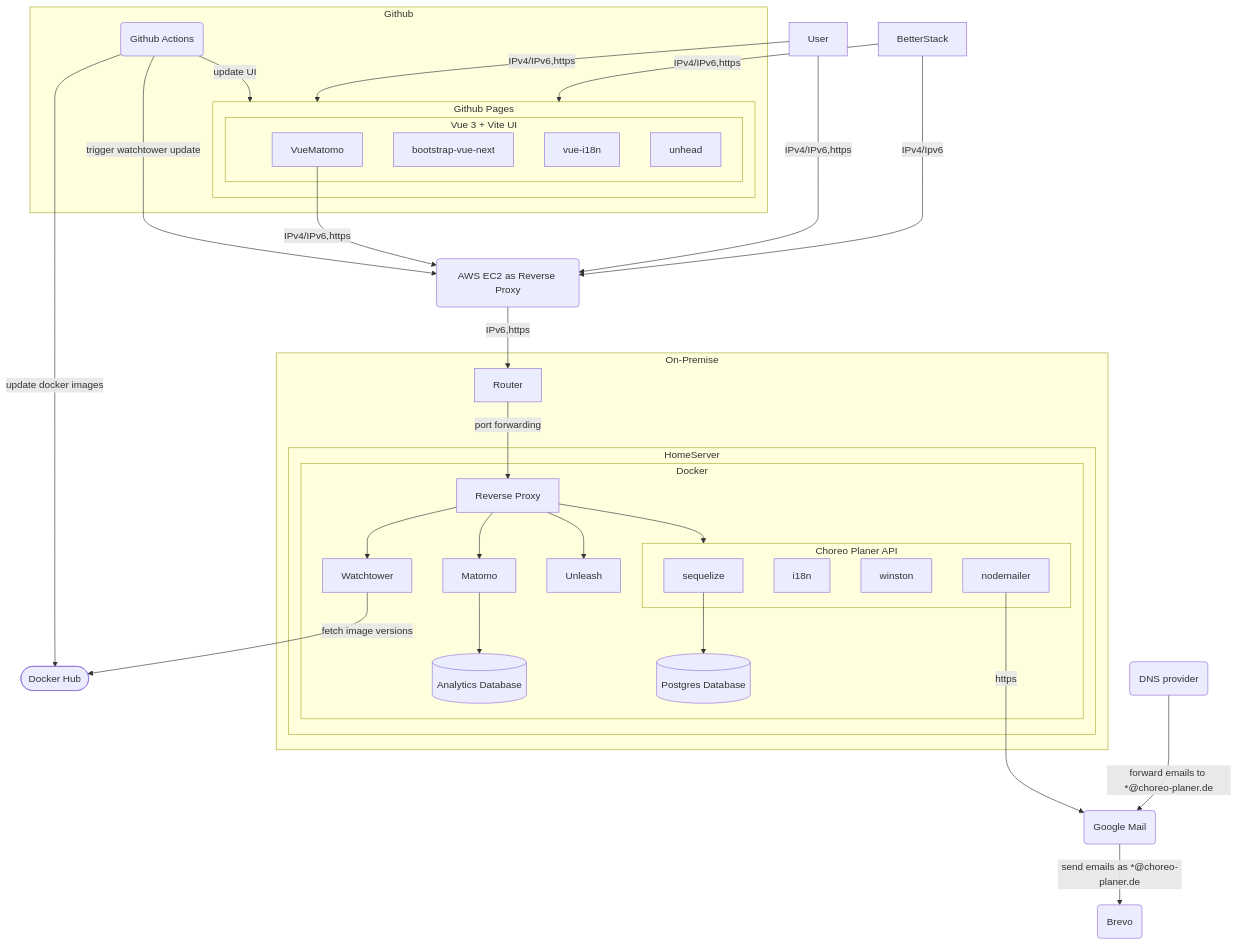
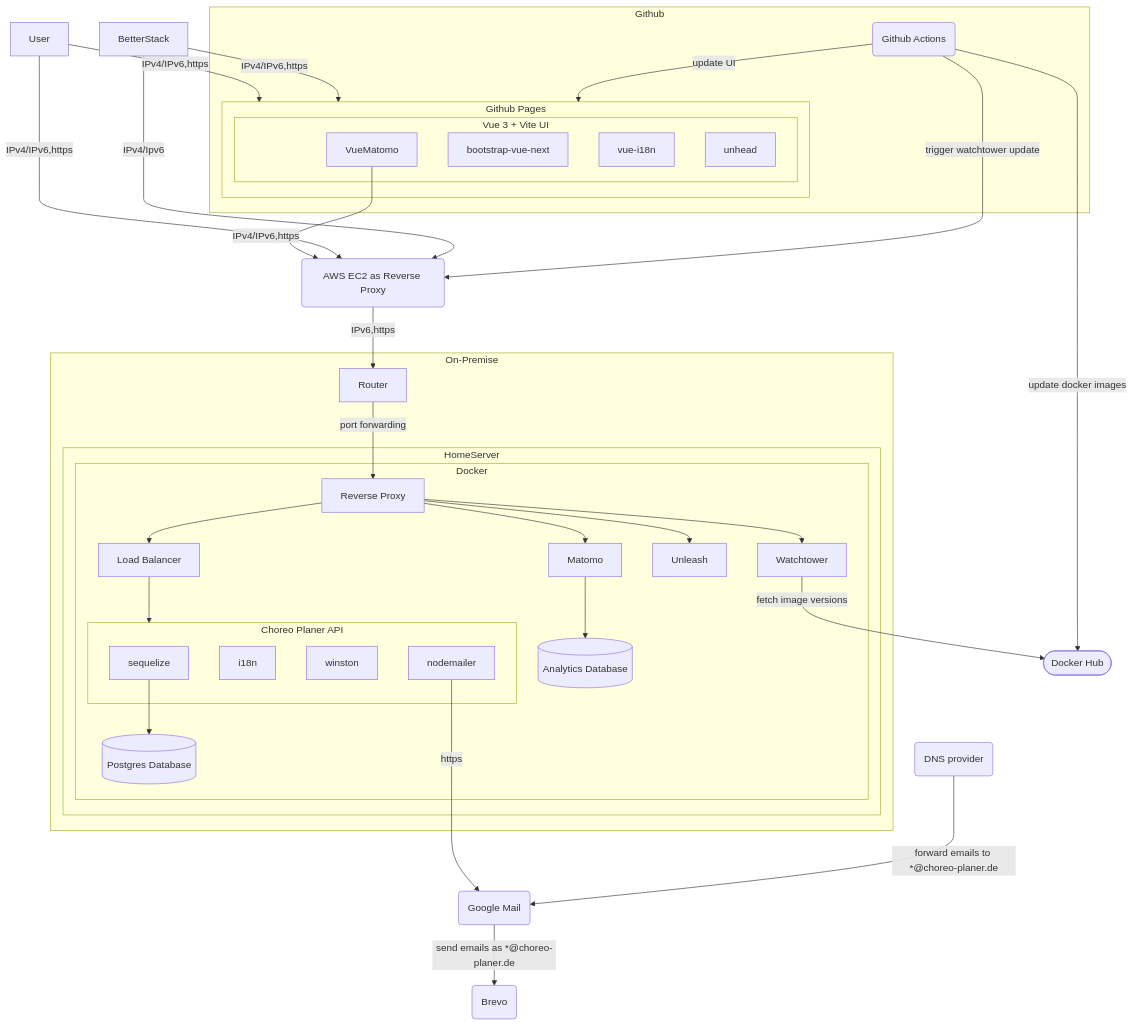
One commit to andreasnicklaus/cheer-choreo-tool changed the diagram in README.md. Above: the diagram before and after it, drawn with Mermaid. The commit also changed 1 other file, not shown here.

Commit message:
chore: updates README to include load balancer

````diff
--- a/README.md
+++ b/README.md
@@ -49,66 +49,69 @@
 ```mermaid
 graph
 
   subgraph Github
     subgraph pages[Github Pages]
       subgraph vue[Vue 3 + Vite UI]
         VueMatomo
         bootstrap-vue-next
         vue-i18n
         unhead
       end
     end
     githubactions(Github Actions)
   end
 
 
 
   subgraph On-Premise
     Router --port forwarding--> ReverseProxy
     subgraph HomeServer
       subgraph Docker
         ReverseProxy
         Matomo
         Watchtower
         Unleash
         ReverseProxy[Reverse Proxy]
+        LoadBalancer[Load Balancer]
         sequelize
         db[(Postgres Database)]
         dba[(Analytics Database)]
         subgraph api[Choreo Planer API]
           sequelize
           i18n
           winston
           nodemailer
         end
       end
     end
   end
 
-  ReverseProxy --> api
+  ReverseProxy --> LoadBalancer
   ReverseProxy --> Watchtower
   ReverseProxy --> Matomo
   ReverseProxy --> Unleash
+
+  LoadBalancer --> api
 
   sequelize --> db
   Matomo --> dba
 
   VueMatomo --IPv4/IPv6,https--> aws
 
   User --IPv4/IPv6,https--> aws(AWS EC2 as Reverse Proxy)
   User --IPv4/IPv6,https--> pages
   aws --IPv6,https--> Router
 
   BetterStack --IPv4/Ipv6--> aws
   BetterStack --IPv4/IPv6,https--> pages
 
   githubactions --update docker images--> dockerhub([Docker Hub])
   githubactions --update UI--> pages
   githubactions --trigger watchtower update--> aws
 
   Watchtower --fetch image versions--> dockerhub
 
   nodemailer --https---> GoogleMail(Google Mail)
   mailProxy(DNS provider) --forward emails to *@choreo-planer.de--> GoogleMail
   GoogleMail --send emails as *@choreo-planer.de--> Brevo(Brevo)
 ```
````
